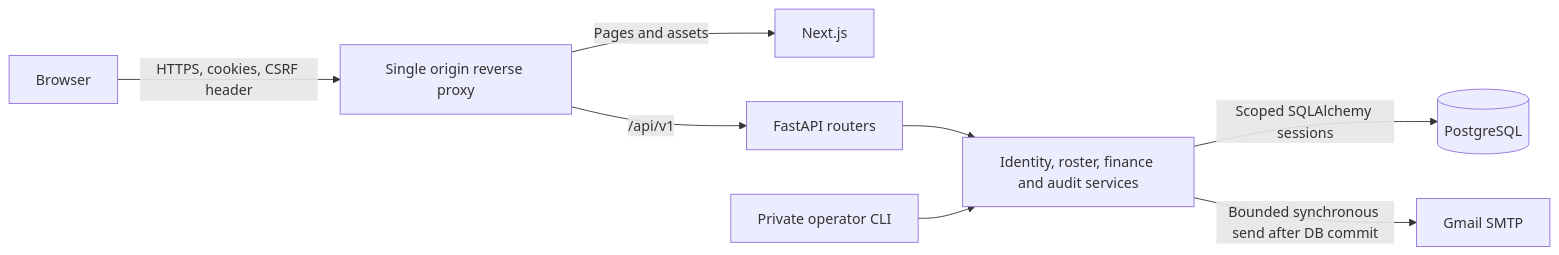
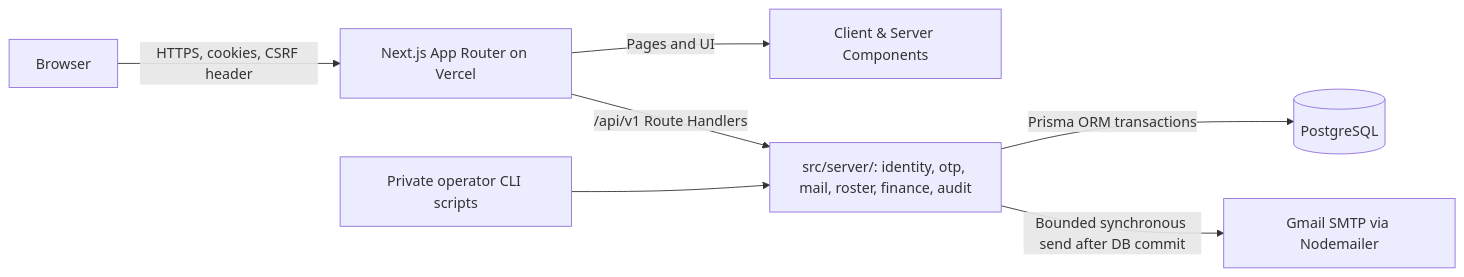
One commit to ahitshamkhan/Collective-Team-Finance-BEE-7B changed the diagram in docs/specs/0001-portal-architecture/index.md. Above: the diagram before and after it, drawn with Mermaid. The commit also changed other lines of this file and 96 other files, not shown here.

First line of the commit message:
feat: complete frontend UI, revise architecture to full-stack Next.js, move API key to env

````diff
--- a/docs/specs/0001-portal-architecture/index.md
+++ b/docs/specs/0001-portal-architecture/index.md
@@ -68,10 +68,9 @@
 ```mermaid
 flowchart LR
-  B[Browser] -->|HTTPS, cookies, CSRF header| P[Single origin reverse proxy]
-  P -->|Pages and assets| N[Next.js]
-  P -->|/api/v1| F[FastAPI routers]
-  F --> S[Identity, roster, finance and audit services]
-  S -->|Scoped SQLAlchemy sessions| D[(PostgreSQL)]
-  S -->|Bounded synchronous send after DB commit| E[Gmail SMTP]
-  C[Private operator CLI] --> S
+  B[Browser] -->|HTTPS, cookies, CSRF header| N[Next.js App Router on Vercel]
+  N -->|Pages and UI| UI[Client & Server Components]
+  N -->|/api/v1 Route Handlers| S[src/server/: identity, otp, mail, roster, finance, audit]
+  S -->|Prisma ORM transactions| D[(PostgreSQL)]
+  S -->|Bounded synchronous send after DB commit| E[Gmail SMTP via Nodemailer]
+  C[Private operator CLI scripts] --> S
 ```
````
